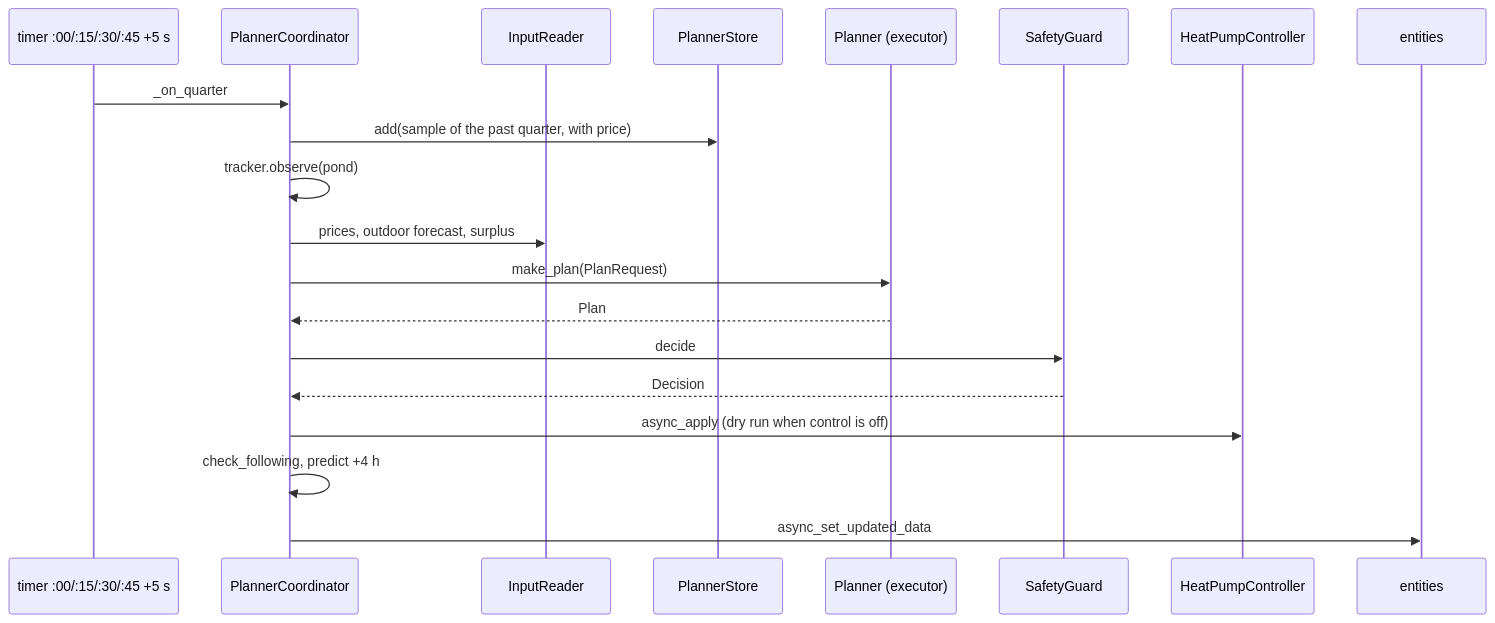
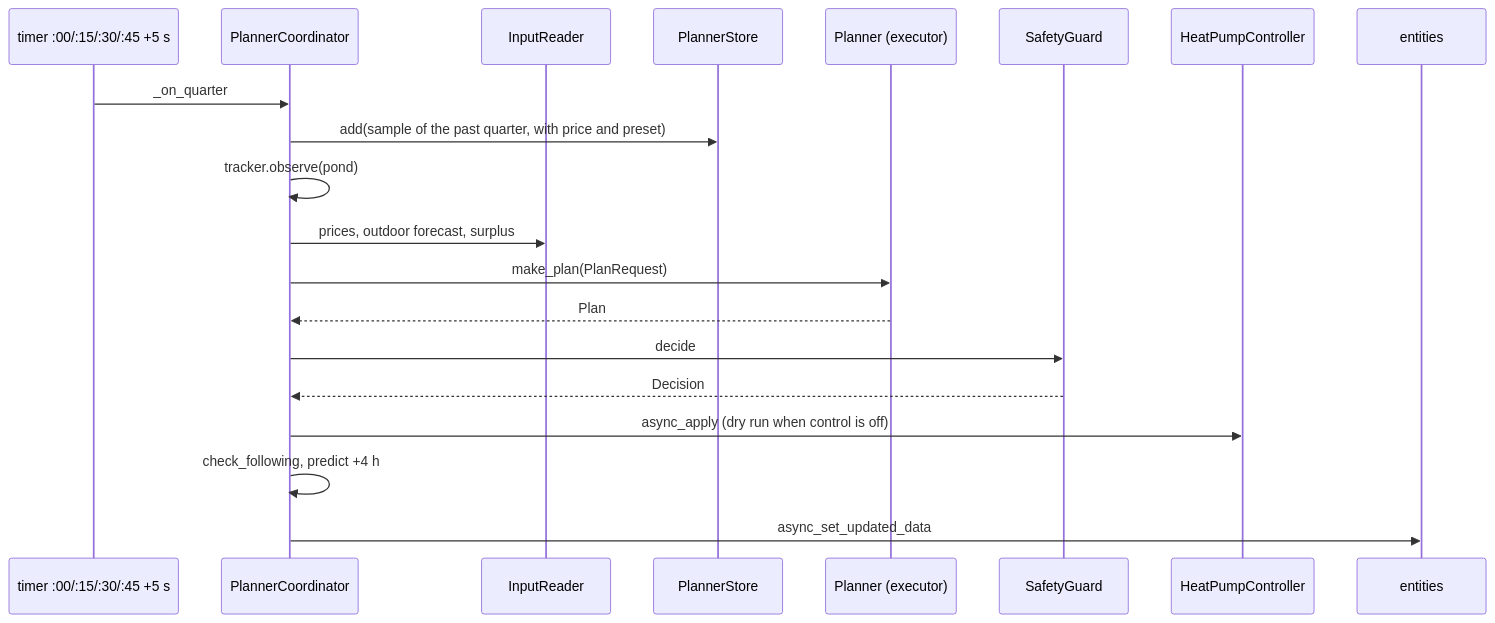
Before and after one commit to abroeders/pond-heatpump-price-planner: diagram 19 of 25 in docs/architecture.md, drawn with Mermaid. The commit also changed other lines of this file and 6 other files, not shown here.

````diff
--- a/docs/architecture.md
+++ b/docs/architecture.md
@@ -791,22 +847,22 @@
 ```mermaid
 sequenceDiagram
     participant T as timer :00/:15/:30/:45 +5 s
     participant Co as PlannerCoordinator
     participant In as InputReader
     participant St as PlannerStore
     participant P as Planner (executor)
     participant G as SafetyGuard
     participant C as HeatPumpController
     participant E as entities
     T->>Co: _on_quarter
-    Co->>St: add(sample of the past quarter, with price)
+    Co->>St: add(sample of the past quarter, with price and preset)
     Co->>Co: tracker.observe(pond)
     Co->>In: prices, outdoor forecast, surplus
     Co->>P: make_plan(PlanRequest)
     P-->>Co: Plan
     Co->>G: decide
     G-->>Co: Decision
     Co->>C: async_apply (dry run when control is off)
     Co->>Co: check_following, predict +4 h
     Co->>E: async_set_updated_data
 ```
````
